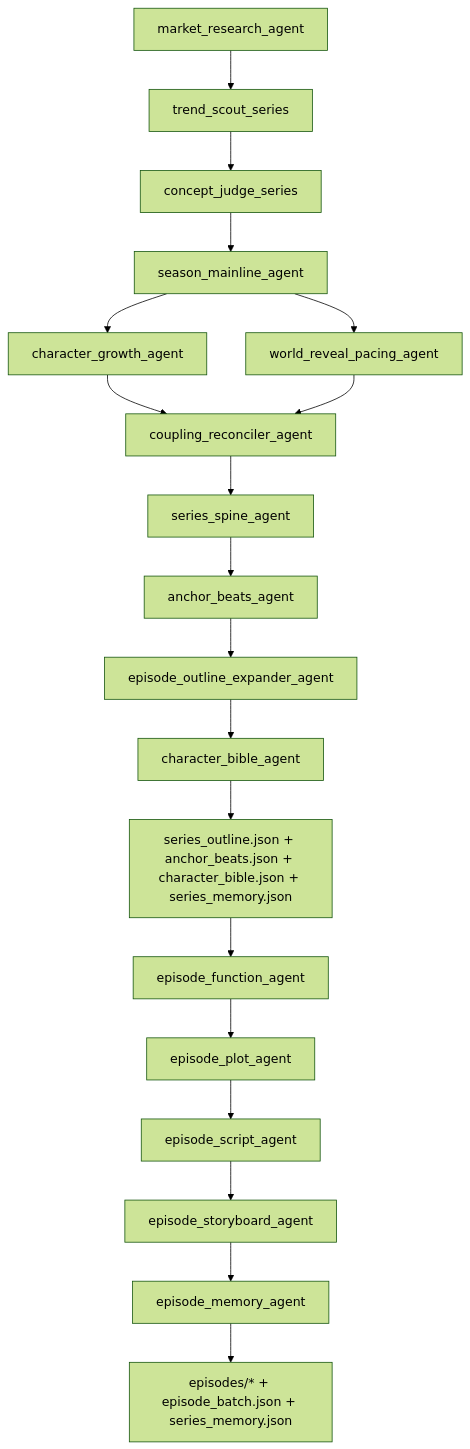
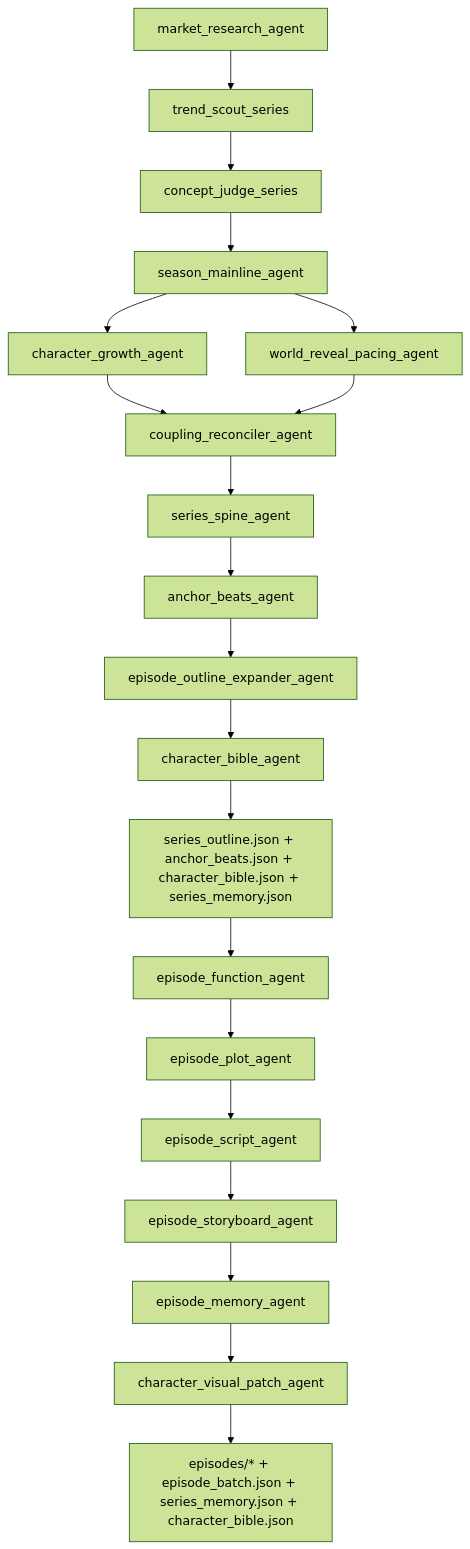
Before and after one commit to WeiXia-0000/ai-shortdrama-agent: the diagram in README.md, drawn with Mermaid (forest theme). The commit also changed other lines of this file and 2 other files, not shown here.

First line of the commit message:
Update run_series structure and Seedance character prompt schema.

````diff
--- a/README.md
+++ b/README.md
@@ -115,21 +109,22 @@
 ```mermaid
 flowchart TD
     A[market_research_agent] --> B[trend_scout_series]
     B --> C[concept_judge_series]
     C --> D[season_mainline_agent]
     D --> E[character_growth_agent]
     D --> F[world_reveal_pacing_agent]
     E --> G[coupling_reconciler_agent]
     F --> G
     G --> H[series_spine_agent]
     H --> I[anchor_beats_agent]
     I --> J[episode_outline_expander_agent]
     J --> K[character_bible_agent]
     K --> L[series_outline.json + anchor_beats.json + character_bible.json + series_memory.json]
     L --> M[episode_function_agent]
     M --> P[episode_plot_agent]
     P --> Q[episode_script_agent]
     Q --> R[episode_storyboard_agent]
     R --> S[episode_memory_agent]
-    S --> N[episodes/* + episode_batch.json + series_memory.json]
+    S --> T[character_visual_patch_agent]
+    T --> N[episodes/* + episode_batch.json + series_memory.json + character_bible.json]
 ```
````
